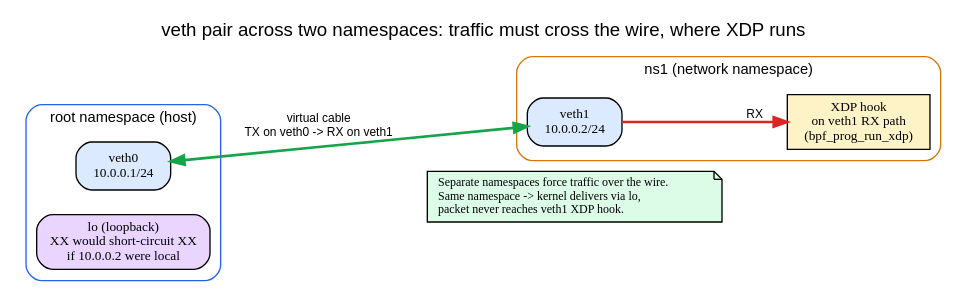
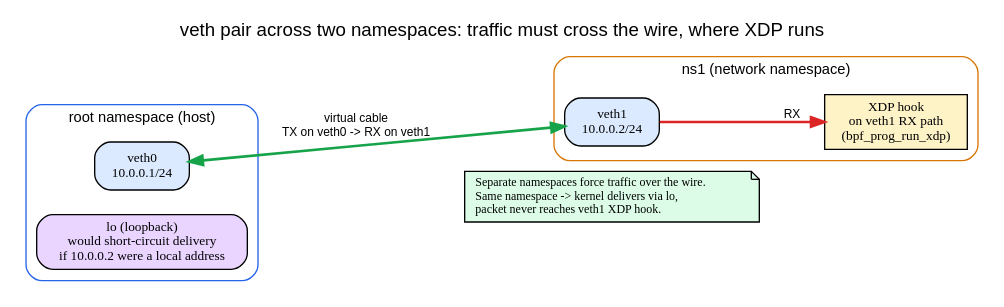
Before and after one commit to biefy/books: the diagram in ebpf/src/diagrams/src/day14_veth_netns.dot, drawn with Graphviz. The commit also changed 3 other files, not shown here.

```diff
--- a/ebpf/src/diagrams/src/day14_veth_netns.dot
+++ b/ebpf/src/diagrams/src/day14_veth_netns.dot
@@ -1,33 +1,33 @@
 digraph veth_netns {
     rankdir=LR;
     labelloc=t;
     label="veth pair across two namespaces: traffic must cross the wire, where XDP runs";
     fontname="Helvetica"; fontsize=14;
     node [fontname="Monaco", fontsize=10];
 
     subgraph cluster_root {
         label="root namespace (host)";
         fontname="Helvetica"; fontsize=11; style="rounded"; color="#2563eb";
         veth0 [shape=box, style="filled,rounded", fillcolor="#dbeafe",
             label="veth0\n10.0.0.1/24"];
         lo [shape=box, style="filled,rounded", fillcolor="#e9d5ff",
-            label="lo (loopback)\nXX would short-circuit XX\nif 10.0.0.2 were local"];
+            label="lo (loopback)\nwould short-circuit delivery\nif 10.0.0.2 were a local address"];
     }
 
     subgraph cluster_ns1 {
         label="ns1 (network namespace)";
         fontname="Helvetica"; fontsize=11; style="rounded"; color="#d97706";
         veth1 [shape=box, style="filled,rounded", fillcolor="#dbeafe",
             label="veth1\n10.0.0.2/24"];
         xdp [shape=box, style="filled", fillcolor="#fef3c7",
             label="XDP hook\non veth1 RX path\n(bpf_prog_run_xdp)"];
         veth1 -> xdp [label="RX", color="#dc2626", style=bold, fontname="Helvetica", fontsize=9];
     }
 
     veth0 -> veth1 [label="virtual cable\nTX on veth0 -> RX on veth1", dir=both,
         color="#16a34a", style=bold, fontname="Helvetica", fontsize=9];
 
     note [shape=note, style="filled", fillcolor="#dcfce7", fontsize=9,
         label="Separate namespaces force traffic over the wire.\lSame namespace -> kernel delivers via lo,\lpacket never reaches veth1 XDP hook.\l"];
     veth0 -> note [style=invis];
 }
```
